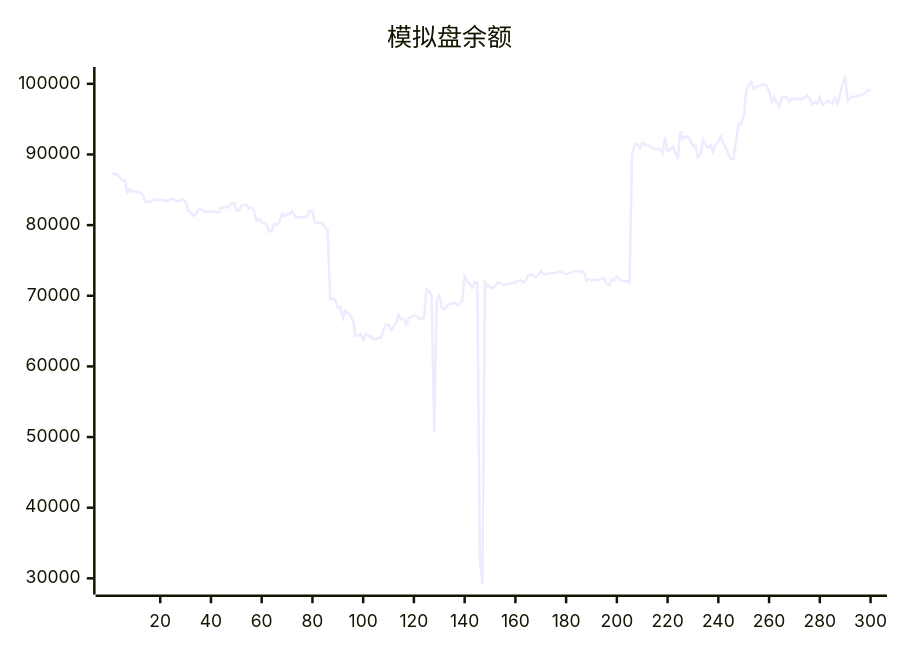
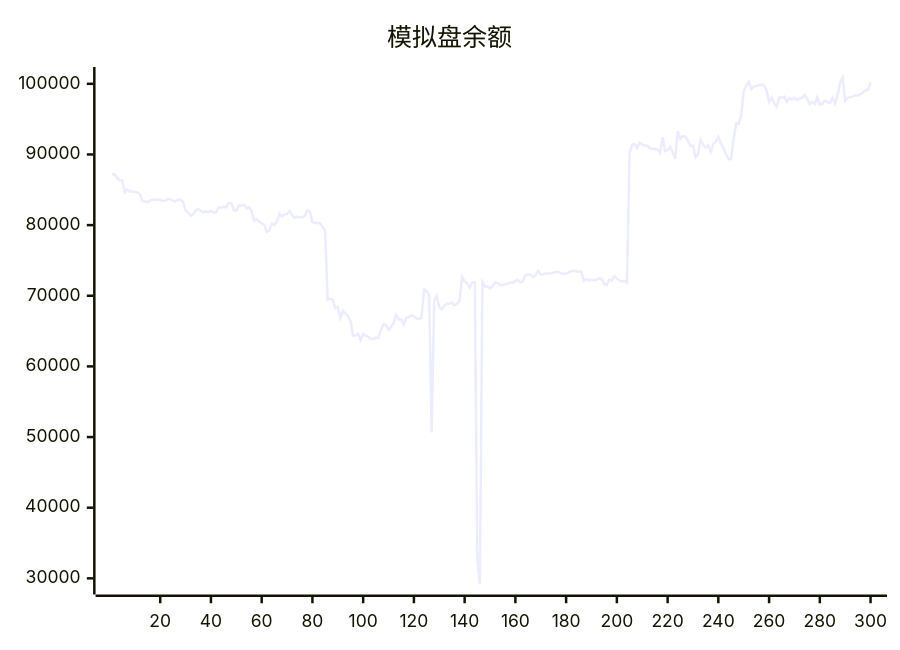
One commit to aahl/ai-trading changed the diagram in README.md. Above: the diagram before and after it, drawn with Mermaid. The commit also changed other lines of this file and 1 other file, not shown here.

````diff
--- a/README.md
+++ b/README.md
@@ -5,5 +5,5 @@
 ```mermaid
 xychart
     title "模拟盘余额"
-    line [87373,87161,87178,86740,86341,86315,84643,85012,84772,84768,84690,84635,84376,83360,83357,83259,83474,83608,83606,83602,83548,83440,83454,83724,83644,83464,83365,83590,83592,83275,82072,81806,81344,81492,82109,82254,82006,81848,81955,81829,82022,81769,81776,82522,82441,82656,82498,83144,83144,82150,82038,82797,82763,82872,82367,82536,81981,80612,80862,80484,80242,80034,79063,79245,80226,80016,80507,81625,81233,81544,81578,82016,81401,81019,81186,81130,81118,81306,82066,81909,80392,80304,80291,80258,79729,79261,69466,69579,69456,68251,68415,66832,67911,67462,67144,66432,64380,64375,64606,63740,64647,64324,64216,63842,63877,64078,64008,65156,65945,65888,65157,65625,66144,67284,66653,66639,65924,66925,66956,67263,67108,66766,66729,66886,70927,70673,70049,50652,69334,69973,68400,68061,68578,68876,68879,69055,68662,68822,69329,72687,71999,71760,71162,71911,71896,32500,29218,71927,71297,71305,71044,71337,71883,71822,71536,71536,71622,71723,71880,71860,72100,72216,71887,72077,72940,72976,72966,72638,72948,73497,73004,73041,73173,73160,73186,73258,73375,73351,73173,73098,73161,73305,73474,73536,73457,73413,73412,72100,72333,72164,72272,72204,72285,72461,72421,71652,71521,72267,72157,72774,72424,72144,72060,72091,71858,90185,91338,91466,90900,91678,91404,91268,91244,90903,90779,90787,90721,90187,92429,90518,90619,91070,90328,89376,93286,92202,92581,92485,91947,91196,91259,89619,90086,92063,91355,90950,91327,90373,91498,91800,92531,91603,90910,90031,89351,89334,92097,94406,94315,95455,98972,99763,100286,99229,99622,99701,99805,99938,99738,99082,97430,98094,97267,96741,98081,98013,98194,97447,97983,97789,97969,97729,97911,98043,98405,97912,97120,97448,97154,98095,97021,97190,97616,97402,97263,98035,97210,98424,100120,100876,97552,98049,98085,98228,98388,98342,98488,98750,99086,99181]
+    line [87161,87178,86740,86341,86315,84643,85012,84772,84768,84690,84635,84376,83360,83357,83259,83474,83608,83606,83602,83548,83440,83454,83724,83644,83464,83365,83590,83592,83275,82072,81806,81344,81492,82109,82254,82006,81848,81955,81829,82022,81769,81776,82522,82441,82656,82498,83144,83144,82150,82038,82797,82763,82872,82367,82536,81981,80612,80862,80484,80242,80034,79063,79245,80226,80016,80507,81625,81233,81544,81578,82016,81401,81019,81186,81130,81118,81306,82066,81909,80392,80304,80291,80258,79729,79261,69466,69579,69456,68251,68415,66832,67911,67462,67144,66432,64380,64375,64606,63740,64647,64324,64216,63842,63877,64078,64008,65156,65945,65888,65157,65625,66144,67284,66653,66639,65924,66925,66956,67263,67108,66766,66729,66886,70927,70673,70049,50652,69334,69973,68400,68061,68578,68876,68879,69055,68662,68822,69329,72687,71999,71760,71162,71911,71896,32500,29218,71927,71297,71305,71044,71337,71883,71822,71536,71536,71622,71723,71880,71860,72100,72216,71887,72077,72940,72976,72966,72638,72948,73497,73004,73041,73173,73160,73186,73258,73375,73351,73173,73098,73161,73305,73474,73536,73457,73413,73412,72100,72333,72164,72272,72204,72285,72461,72421,71652,71521,72267,72157,72774,72424,72144,72060,72091,71858,90185,91338,91466,90900,91678,91404,91268,91244,90903,90779,90787,90721,90187,92429,90518,90619,91070,90328,89376,93286,92202,92581,92485,91947,91196,91259,89619,90086,92063,91355,90950,91327,90373,91498,91800,92531,91603,90910,90031,89351,89334,92097,94406,94315,95455,98972,99763,100286,99229,99622,99701,99805,99938,99738,99082,97430,98094,97267,96741,98081,98013,98194,97447,97983,97789,97969,97729,97911,98043,98405,97912,97120,97448,97154,98095,97021,97190,97616,97402,97263,98035,97210,98424,100120,100876,97552,98049,98085,98228,98388,98342,98488,98750,99086,99181,100188]
 ```
````
